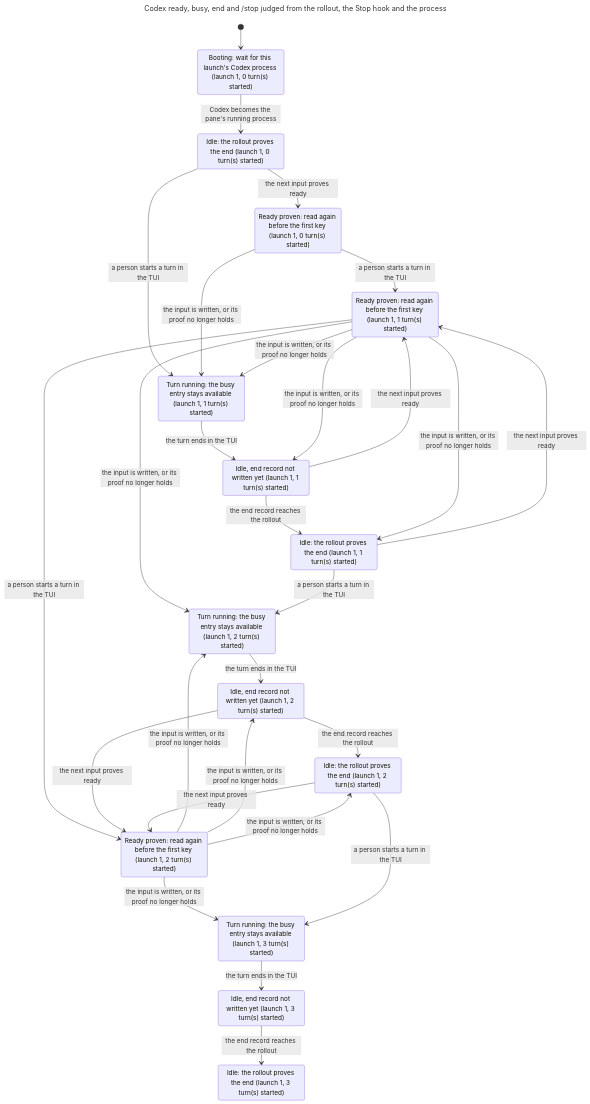
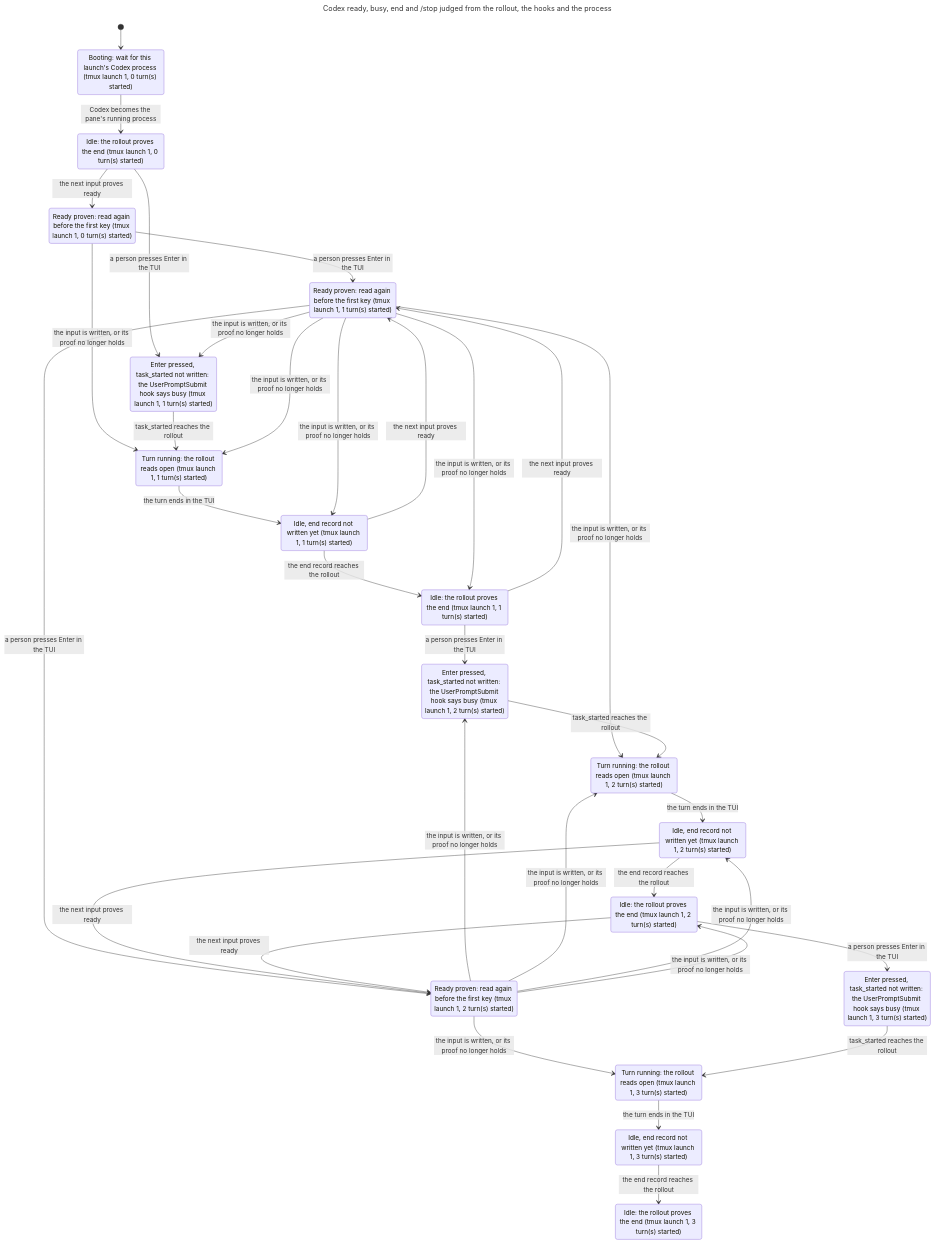
One commit to itismyfield/AgentDesk changed the diagram in docs/statecharts/input-single-path/codex-readiness.chart.mmd. Above: the diagram before and after it, drawn with Mermaid. The commit also changed 60 other files, not shown here.

First line of the commit message:
docs(design): put the tmux timeout replacement, the Enter window and the post-Enter checks into the Codex readiness design (#8082 d2)

```diff
--- a/docs/statecharts/input-single-path/codex-readiness.chart.mmd
+++ b/docs/statecharts/input-single-path/codex-readiness.chart.mmd
@@ -1,45 +1,53 @@
 ---
-title: "Codex ready, busy, end and /stop judged from the rollout, the Stop hook and the process"
+title: "Codex ready, busy, end and /stop judged from the rollout, the hooks and the process"
 ---
 stateDiagram-v2
-  s0: Booting: wait for this launch's Codex process (launch 1, 0 turn(s) started)
-  s1: Idle: the rollout proves the end (launch 1, 0 turn(s) started)
-  s2: Ready proven: read again before the first key (launch 1, 0 turn(s) started)
-  s3: Turn running: the busy entry stays available (launch 1, 1 turn(s) started)
-  s4: Idle, end record not written yet (launch 1, 1 turn(s) started)
-  s5: Ready proven: read again before the first key (launch 1, 1 turn(s) started)
-  s6: Idle: the rollout proves the end (launch 1, 1 turn(s) started)
-  s7: Turn running: the busy entry stays available (launch 1, 2 turn(s) started)
-  s8: Idle, end record not written yet (launch 1, 2 turn(s) started)
-  s9: Idle: the rollout proves the end (launch 1, 2 turn(s) started)
-  s10: Ready proven: read again before the first key (launch 1, 2 turn(s) started)
-  s11: Turn running: the busy entry stays available (launch 1, 3 turn(s) started)
-  s12: Idle, end record not written yet (launch 1, 3 turn(s) started)
-  s13: Idle: the rollout proves the end (launch 1, 3 turn(s) started)
+  s0: Booting: wait for this launch's Codex process (tmux launch 1, 0 turn(s) started)
+  s1: Idle: the rollout proves the end (tmux launch 1, 0 turn(s) started)
+  s2: Ready proven: read again before the first key (tmux launch 1, 0 turn(s) started)
+  s3: Enter pressed, task_started not written: the UserPromptSubmit hook says busy (tmux launch 1, 1 turn(s) started)
+  s4: Ready proven: read again before the first key (tmux launch 1, 1 turn(s) started)
+  s5: Turn running: the rollout reads open (tmux launch 1, 1 turn(s) started)
+  s6: Idle, end record not written yet (tmux launch 1, 1 turn(s) started)
+  s7: Idle: the rollout proves the end (tmux launch 1, 1 turn(s) started)
+  s8: Enter pressed, task_started not written: the UserPromptSubmit hook says busy (tmux launch 1, 2 turn(s) started)
+  s9: Turn running: the rollout reads open (tmux launch 1, 2 turn(s) started)
+  s10: Idle, end record not written yet (tmux launch 1, 2 turn(s) started)
+  s11: Ready proven: read again before the first key (tmux launch 1, 2 turn(s) started)
+  s12: Idle: the rollout proves the end (tmux launch 1, 2 turn(s) started)
+  s13: Enter pressed, task_started not written: the UserPromptSubmit hook says busy (tmux launch 1, 3 turn(s) started)
+  s14: Turn running: the rollout reads open (tmux launch 1, 3 turn(s) started)
+  s15: Idle, end record not written yet (tmux launch 1, 3 turn(s) started)
+  s16: Idle: the rollout proves the end (tmux launch 1, 3 turn(s) started)
   [*] --> s0
   s0 --> s1: Codex becomes the pane's running process
   s1 --> s2: the next input proves ready
-  s1 --> s3: a person starts a turn in the TUI
-  s2 --> s5: a person starts a turn in the TUI
-  s2 --> s3: the input is written, or its proof no longer holds
-  s3 --> s4: the turn ends in the TUI
-  s4 --> s6: the end record reaches the rollout
-  s4 --> s5: the next input proves ready
-  s5 --> s3: the input is written, or its proof no longer holds
-  s6 --> s5: the next input proves ready
-  s5 --> s4: the input is written, or its proof no longer holds
-  s5 --> s7: the input is written, or its proof no longer holds
-  s5 --> s6: the input is written, or its proof no longer holds
-  s6 --> s7: a person starts a turn in the TUI
-  s7 --> s8: the turn ends in the TUI
-  s5 --> s10: a person starts a turn in the TUI
-  s8 --> s9: the end record reaches the rollout
-  s8 --> s10: the next input proves ready
-  s9 --> s10: the next input proves ready
-  s10 --> s11: the input is written, or its proof no longer holds
-  s10 --> s7: the input is written, or its proof no longer holds
-  s9 --> s11: a person starts a turn in the TUI
-  s10 --> s8: the input is written, or its proof no longer holds
-  s11 --> s12: the turn ends in the TUI
-  s10 --> s9: the input is written, or its proof no longer holds
-  s12 --> s13: the end record reaches the rollout
+  s1 --> s3: a person presses Enter in the TUI
+  s2 --> s4: a person presses Enter in the TUI
+  s2 --> s5: the input is written, or its proof no longer holds
+  s3 --> s5: task_started reaches the rollout
+  s4 --> s3: the input is written, or its proof no longer holds
+  s5 --> s6: the turn ends in the TUI
+  s6 --> s7: the end record reaches the rollout
+  s6 --> s4: the next input proves ready
+  s4 --> s5: the input is written, or its proof no longer holds
+  s7 --> s4: the next input proves ready
+  s7 --> s8: a person presses Enter in the TUI
+  s4 --> s6: the input is written, or its proof no longer holds
+  s4 --> s9: the input is written, or its proof no longer holds
+  s4 --> s7: the input is written, or its proof no longer holds
+  s4 --> s11: a person presses Enter in the TUI
+  s8 --> s9: task_started reaches the rollout
+  s9 --> s10: the turn ends in the TUI
+  s10 --> s12: the end record reaches the rollout
+  s10 --> s11: the next input proves ready
+  s11 --> s8: the input is written, or its proof no longer holds
+  s12 --> s11: the next input proves ready
+  s12 --> s13: a person presses Enter in the TUI
+  s11 --> s14: the input is written, or its proof no longer holds
+  s11 --> s9: the input is written, or its proof no longer holds
+  s11 --> s10: the input is written, or its proof no longer holds
+  s13 --> s14: task_started reaches the rollout
+  s14 --> s15: the turn ends in the TUI
+  s11 --> s12: the input is written, or its proof no longer holds
+  s15 --> s16: the end record reaches the rollout
```
